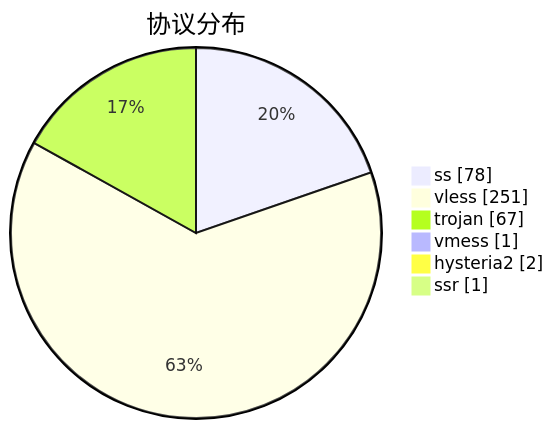
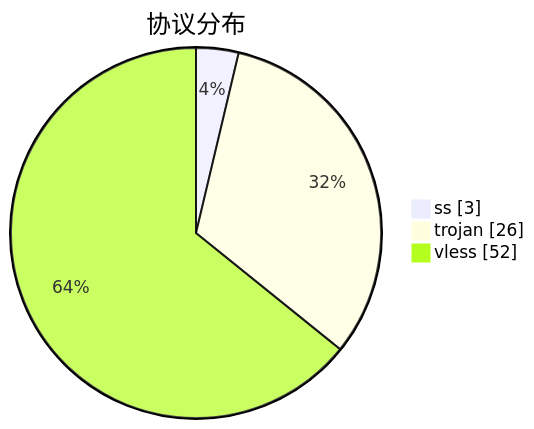
The third of 3 diagrams in subs/statistics/tested_within.md (qjlxg/airport), drawn with Mermaid before and after one commit. The commit also changed other lines of this file and 2 other files, not shown here.

````diff
--- a/subs/statistics/tested_within.md
+++ b/subs/statistics/tested_within.md
@@ -35,10 +24,7 @@
 ```mermaid
 pie showData
 title 协议分布
-"ss" : 78
-"vless" : 251
-"trojan" : 67
-"vmess" : 1
-"hysteria2" : 2
-"ssr" : 1
+"ss" : 3
+"trojan" : 26
+"vless" : 52
 ```
````
